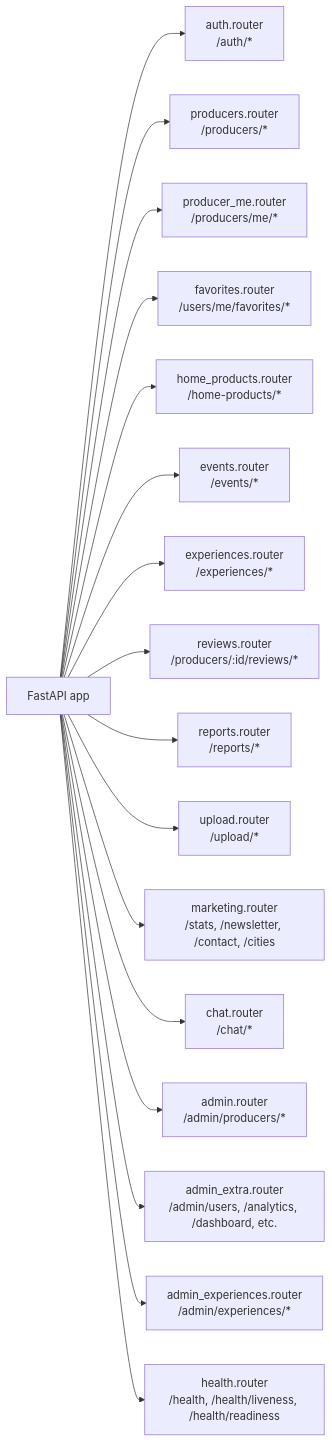
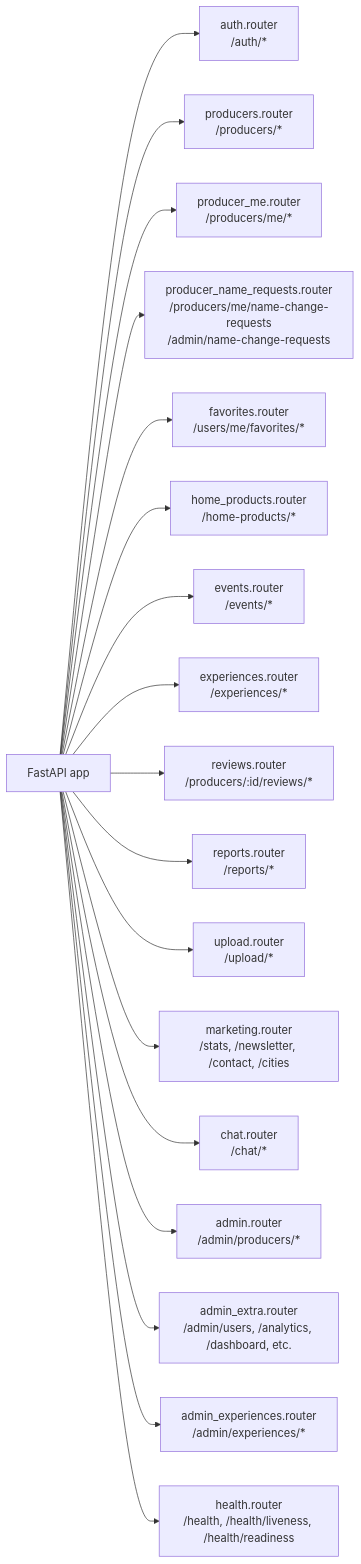
One commit to levismadar80-ship-it/FoodMamkor changed the first of 7 diagrams in .ai/diagrams/api-routes.md. Above: the diagram before and after it, drawn with Mermaid. The commit also changed 9 other files, not shown here.

````diff
--- a/.ai/diagrams/api-routes.md
+++ b/.ai/diagrams/api-routes.md
@@ -17,19 +17,20 @@
 ```mermaid
 graph LR
     App[FastAPI app] --> Auth[auth.router<br/>/auth/*]
     App --> Producers[producers.router<br/>/producers/*]
     App --> ProducerMe[producer_me.router<br/>/producers/me/*]
+    App --> NameRequests[producer_name_requests.router<br/>/producers/me/name-change-requests<br/>/admin/name-change-requests]
     App --> Favorites[favorites.router<br/>/users/me/favorites/*]
     App --> HomeProducts[home_products.router<br/>/home-products/*]
     App --> Events[events.router<br/>/events/*]
     App --> Experiences[experiences.router<br/>/experiences/*]
     App --> Reviews[reviews.router<br/>/producers/:id/reviews/*]
     App --> Reports[reports.router<br/>/reports/*]
     App --> Upload[upload.router<br/>/upload/*]
     App --> Marketing[marketing.router<br/>/stats, /newsletter, /contact, /cities]
     App --> Chat[chat.router<br/>/chat/*]
     App --> Admin[admin.router<br/>/admin/producers/*]
     App --> AdminExtra[admin_extra.router<br/>/admin/users, /analytics, /dashboard, etc.]
     App --> AdminExperiences[admin_experiences.router<br/>/admin/experiences/*]
     App --> Health[health.router<br/>/health, /health/liveness, /health/readiness]
 ```
````
